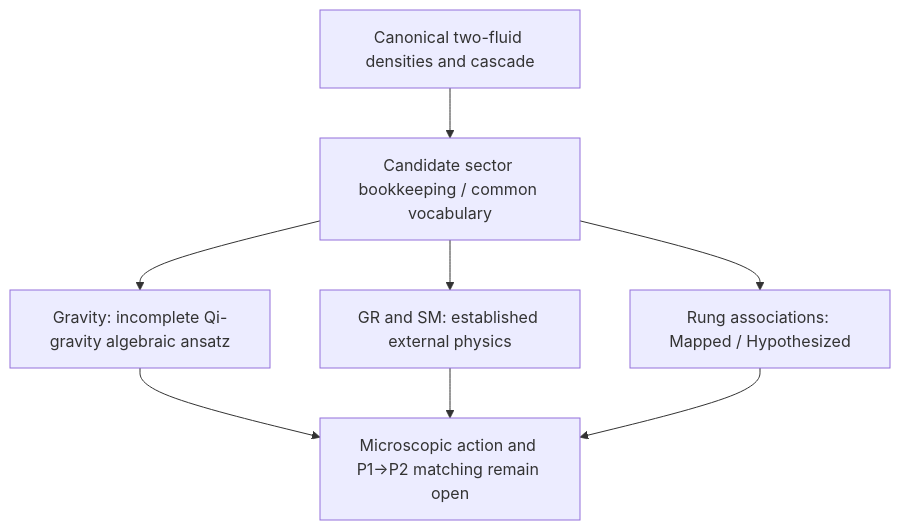
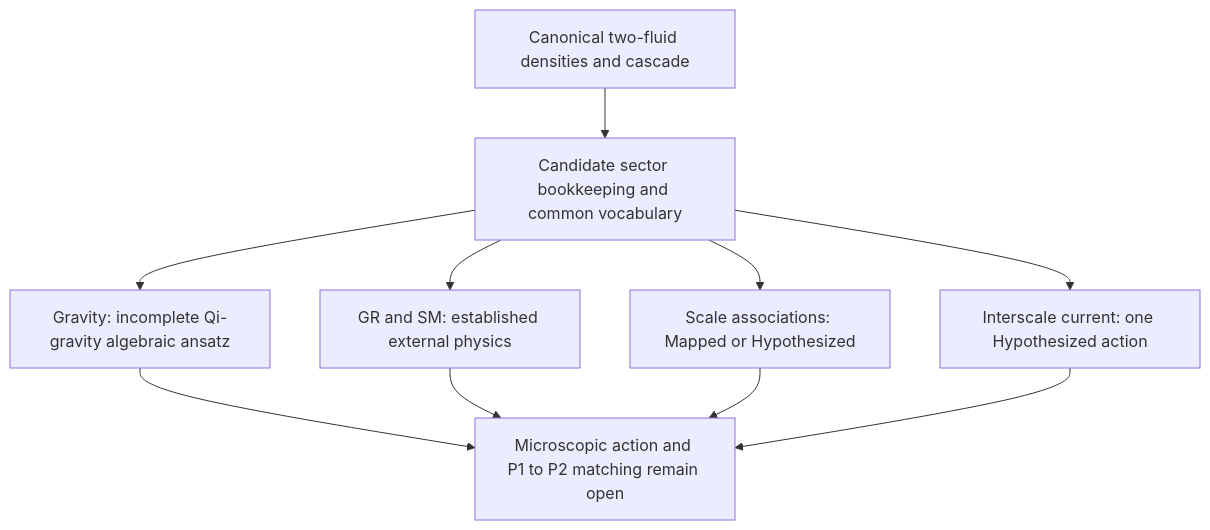
Before and after one commit to CassiTheOracle/cassi: diagram 27 of 37 in CassiTheory/open-questions-cassi-answers.md, drawn with Mermaid. The commit also changed other lines of this file and 26 other files, not shown here.

Commit message:
docs: derive interscale current boundary

````diff
--- a/CassiTheory/open-questions-cassi-answers.md
+++ b/CassiTheory/open-questions-cassi-answers.md
@@ -977,10 +977,12 @@
 ```mermaid
 flowchart TD
-    A[Canonical two-fluid densities and cascade] --> B[Candidate sector bookkeeping / common vocabulary]
+    A[Canonical two-fluid densities and cascade] --> B[Candidate sector bookkeeping and common vocabulary]
     B --> C[Gravity: incomplete Qi-gravity algebraic ansatz]
     B --> D[GR and SM: established external physics]
-    B --> E[Rung associations: Mapped / Hypothesized]
-    C --> F[Microscopic action and P1→P2 matching remain open]
+    B --> E[Scale associations: Mapped or Hypothesized]
+    B --> G[Interscale current: one Hypothesized action]
+    C --> F[Microscopic action and P1 to P2 matching remain open]
     D --> F
     E --> F
+    G --> F
 ```
````
